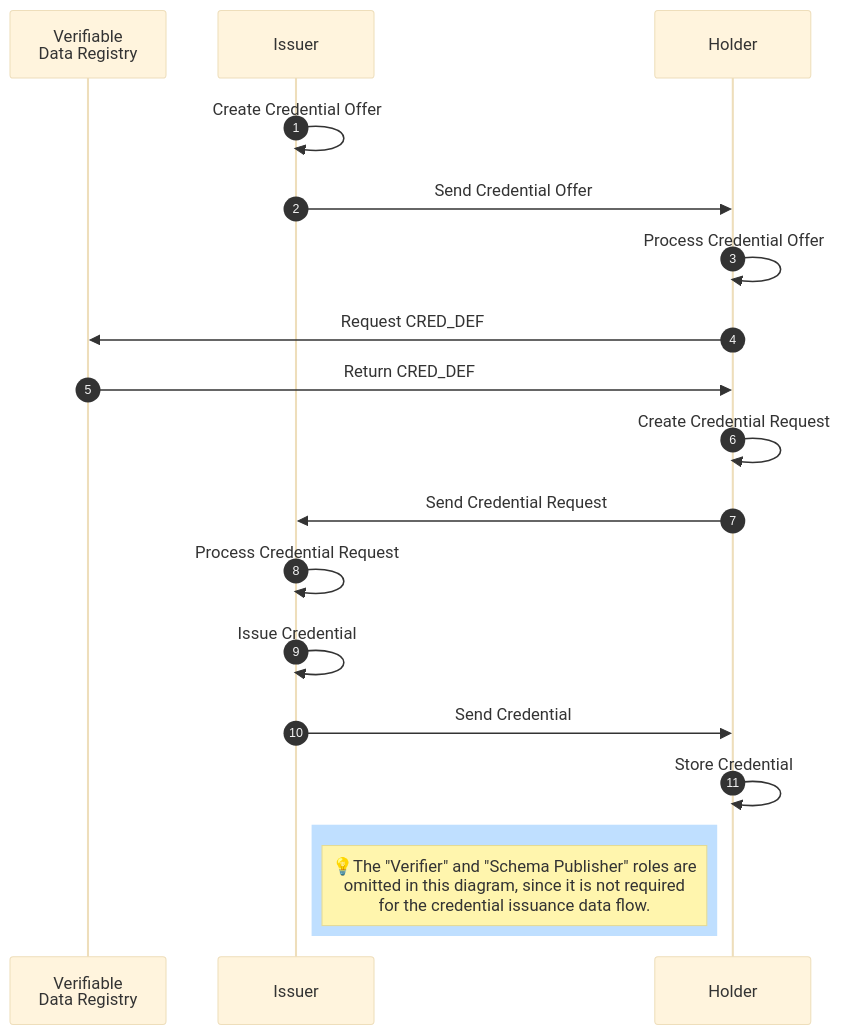
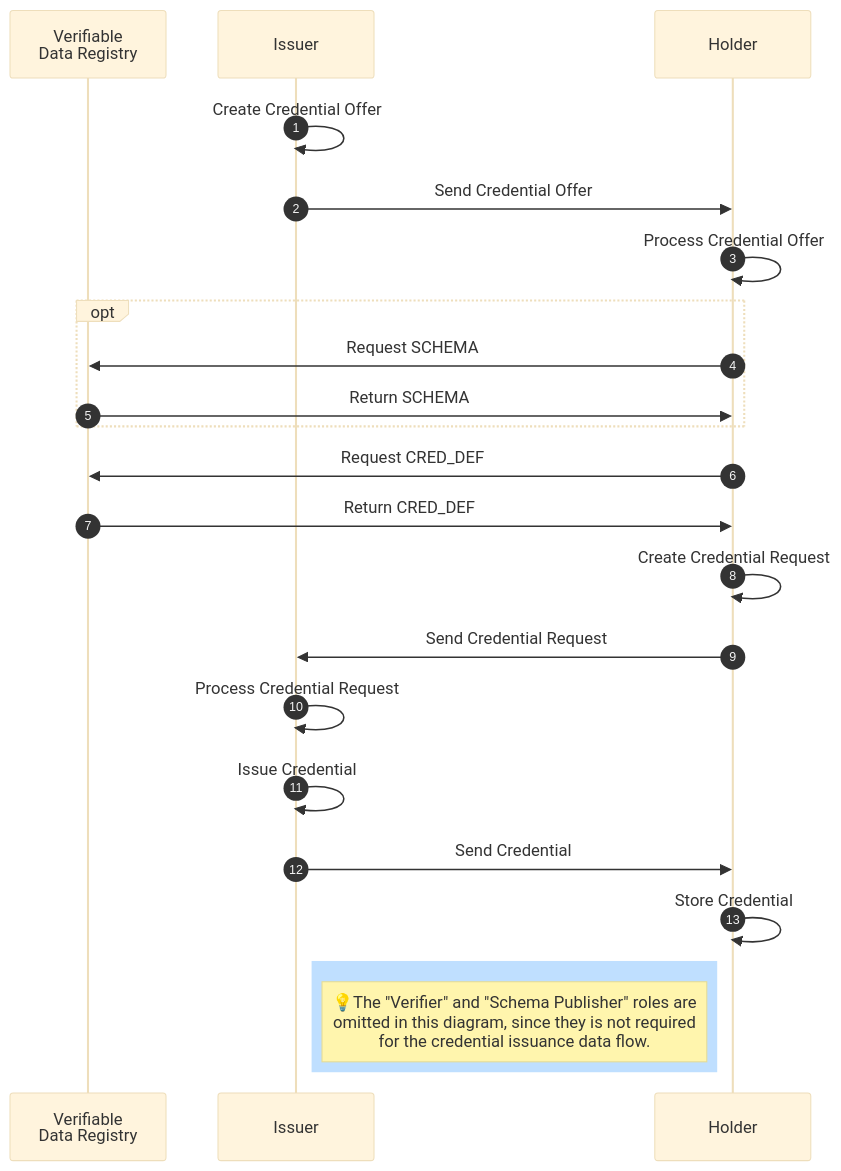
Before and after one commit to hyperledger/anoncreds-spec: the diagram in spec/data_flow_issuance.md, drawn with Mermaid (base theme). The commit also changed other lines of this file, not shown here.

Commit message:
Reworked Credential issuance flow

````diff
--- a/spec/data_flow_issuance.md
+++ b/spec/data_flow_issuance.md
@@ -5,39 +5,28 @@
 ```mermaid
 sequenceDiagram
     autonumber
     participant L as Verifiable<br>Data Registry
     participant I as Issuer
     participant H as Holder  
 
-
-    %%I ->> I: issuer_create_credential_offer<br>(wallet_handle, cred_def_id)
-    %%I ->> H: Send offer-credential
-    %%H ->> H: Process offer-credential
-    %%H ->> H: build_get_cred_def_request(issuer_DID, cred_def_id)
-    %%H ->> L: submit_request(pool_handle, get_cred_def_request)
-    %%H ->> H: parse_get_cred_def_response(get_cred_def_response)
-    %%H ->> I: prover_create_credential_req(wallet_handle, issuer_DID,<br>credential_offer, cred_def, master_secret_id)
-    %%H ->> I: send credential request
- 
-    %%I ->> I: Prepare RAW attribute values and encode them
-    %%I ->> I: issuer_create_credential(wallet_handle,<br>credential_offer, credential_request <br>transcript_cred_values, None, None)
-    %%I ->> H: Send credential
-    %%H ->> H: prover_store_credential(wallet_handle, None,<br>credential_request, meta_data, %%credential,<br>credential_definition, None)
-
   I ->> I: Create Credential Offer
   I ->> H: Send Credential Offer
   H ->> H: Process Credential Offer
+  opt
+    H ->> L: Request SCHEMA
+    L ->> H: Return SCHEMA
+  end
   H ->> L: Request CRED_DEF
   L ->> H: Return CRED_DEF
   H ->> H: Create Credential Request
   H ->> I: Send Credential Request
   I ->> I: Process Credential Request
   I ->> I: Issue Credential
   I ->> H: Send Credential
   H ->> H: Store Credential
 
 
   rect rgb(191, 223, 255)
-    Note left of H: 💡The "Verifier" and "Schema Publisher" roles are<br>omitted in this diagram, since it is not required<br>for the credential issuance data flow.
+    Note left of H: 💡The "Verifier" and "Schema Publisher" roles are<br>omitted in this diagram, since they is not required<br>for the credential issuance data flow.
   end
 ```
````
